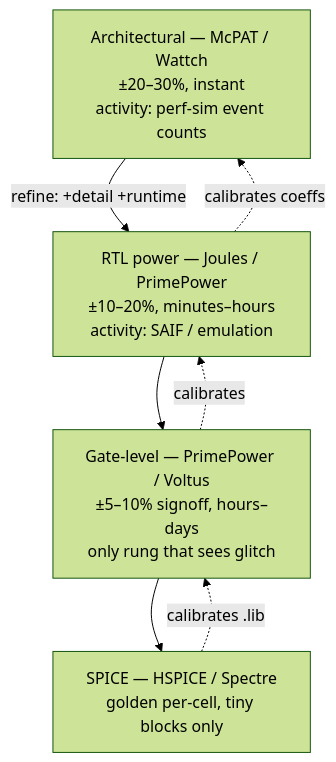
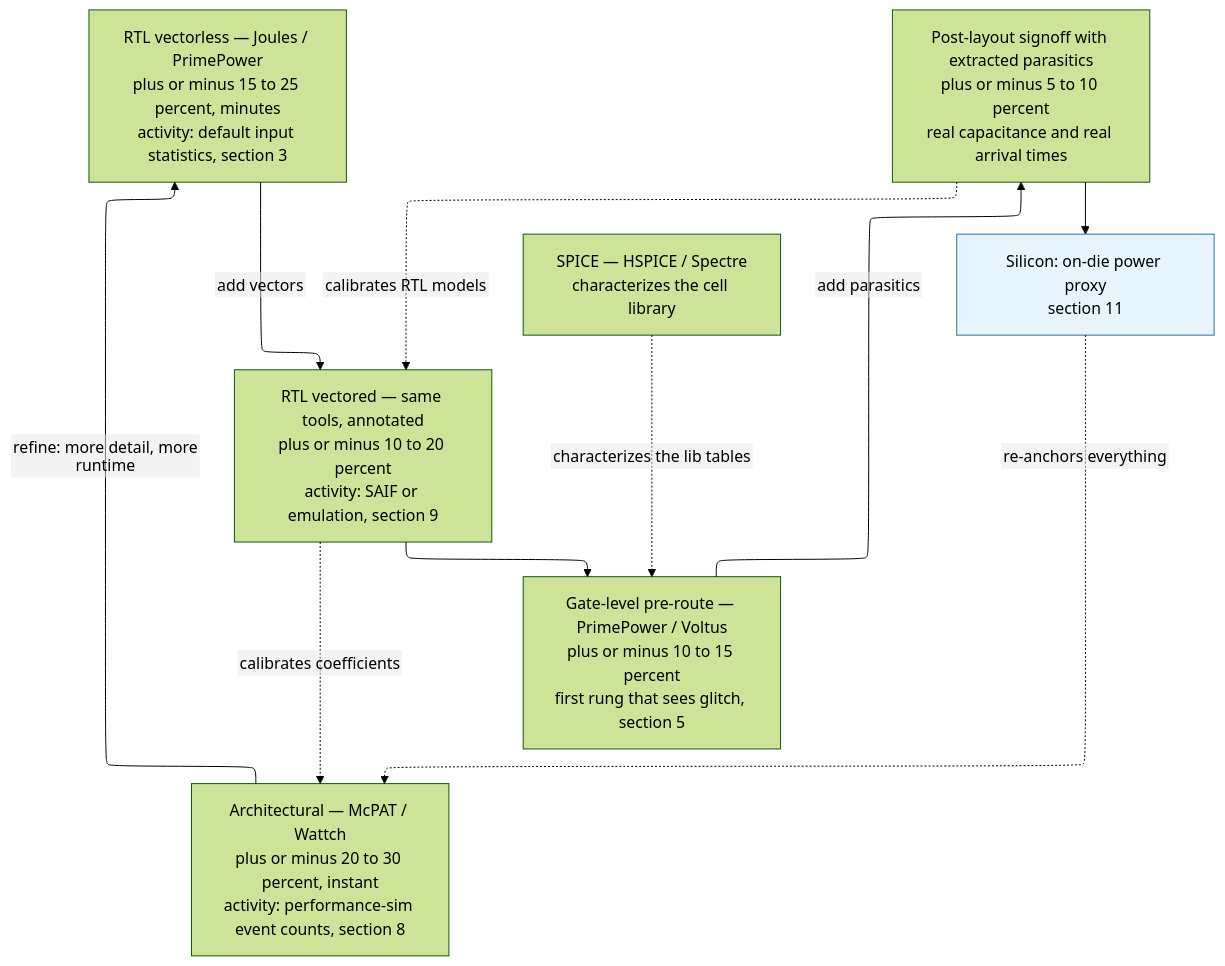
One commit to Wty2003328/silicon-design-notebook changed the fourth of 5 diagrams in 02_Power_and_Low_Power/02_Block_Activity_and_Power.md. Above: the diagram before and after it, drawn with Mermaid (forest theme). The commit also changed other lines of this file and 13 other files, not shown here.

````diff
--- a/02_Power_and_Low_Power/02_Block_Activity_and_Power.md
+++ b/02_Power_and_Low_Power/02_Block_Activity_and_Power.md
@@ -241,13 +493,22 @@
 ```mermaid
+%%{init: {"flowchart": {"defaultRenderer": "elk", "nodeSpacing": 55, "rankSpacing": 55, "htmlLabels": false}}}%%
 flowchart TB
-    ARCH["Architectural — McPAT / Wattch<br/>±20–30%, instant<br/>activity: perf-sim event counts"]
-    RTL["RTL power — Joules / PrimePower<br/>±10–20%, minutes–hours<br/>activity: SAIF / emulation"]
-    GATE["Gate-level — PrimePower / Voltus<br/>±5–10% signoff, hours–days<br/>only rung that sees glitch"]
-    SPICE["SPICE — HSPICE / Spectre<br/>golden per-cell, tiny blocks only"]
-    ARCH -->|"refine: +detail +runtime"| RTL
-    RTL --> GATE
-    GATE --> SPICE
-    SPICE -.->|"calibrates .lib"| GATE
-    GATE -.->|"calibrates"| RTL
-    RTL -.->|"calibrates coeffs"| ARCH
+    ARCH["Architectural — McPAT / Wattch<br/>plus or minus 20 to 30 percent, instant<br/>activity: performance-sim event counts, section 8"]
+    RTLV["RTL vectorless — Joules / PrimePower<br/>plus or minus 15 to 25 percent, minutes<br/>activity: default input statistics, section 3"]
+    RTLA["RTL vectored — same tools, annotated<br/>plus or minus 10 to 20 percent<br/>activity: SAIF or emulation, section 9"]
+    GATE["Gate-level pre-route — PrimePower / Voltus<br/>plus or minus 10 to 15 percent<br/>first rung that sees glitch, section 5"]
+    SIGN["Post-layout signoff with extracted parasitics<br/>plus or minus 5 to 10 percent<br/>real capacitance and real arrival times"]
+    SPICE["SPICE — HSPICE / Spectre<br/>characterizes the cell library"]
+    SIL["Silicon: on-die power proxy<br/>section 11"]
+    ARCH -->|"refine: more detail, more runtime"| RTLV
+    RTLV -->|"add vectors"| RTLA
+    RTLA --> GATE
+    GATE -->|"add parasitics"| SIGN
+    SPICE -.->|"characterizes the lib tables"| GATE
+    SIGN -.->|"calibrates RTL models"| RTLA
+    RTLA -.->|"calibrates coefficients"| ARCH
+    SIL -.->|"re-anchors everything"| ARCH
+    SIGN --> SIL
+    classDef sil fill:#e8f4fd,stroke:#2471a3;
+    class SIL sil;
 ```
````
